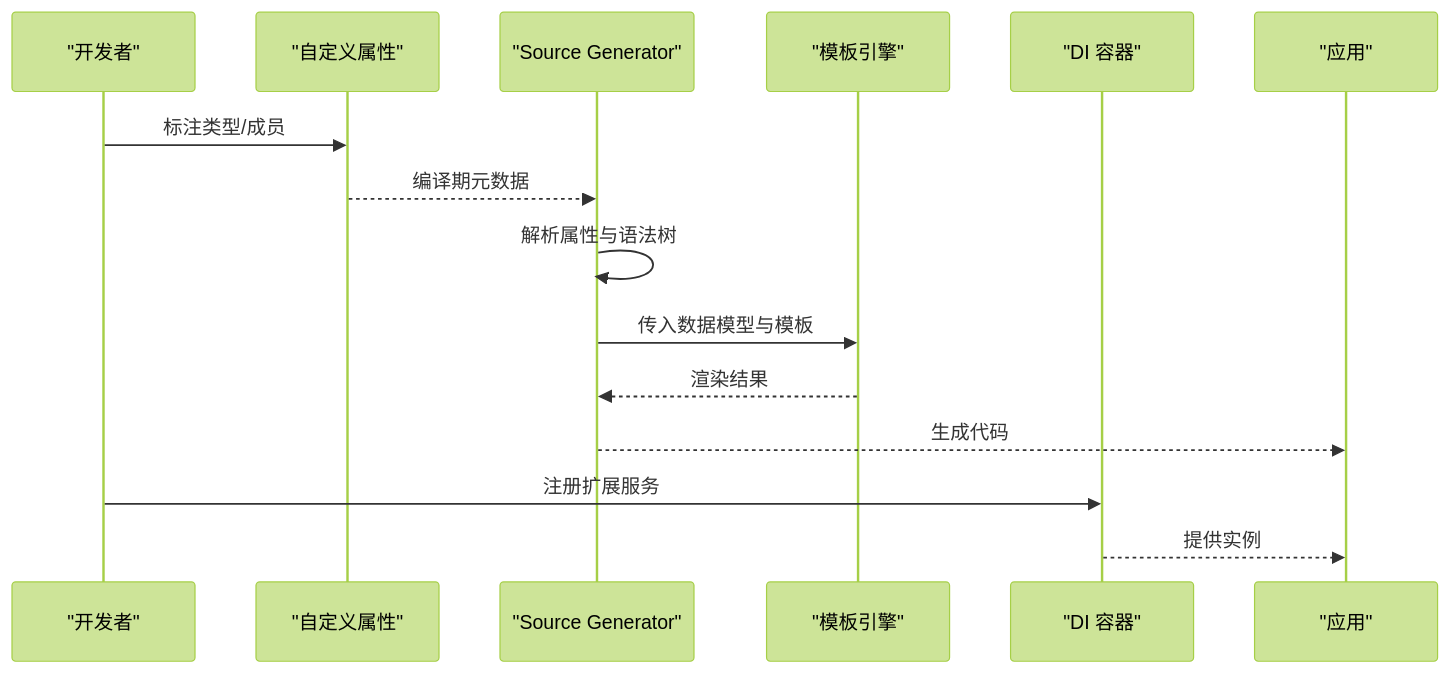
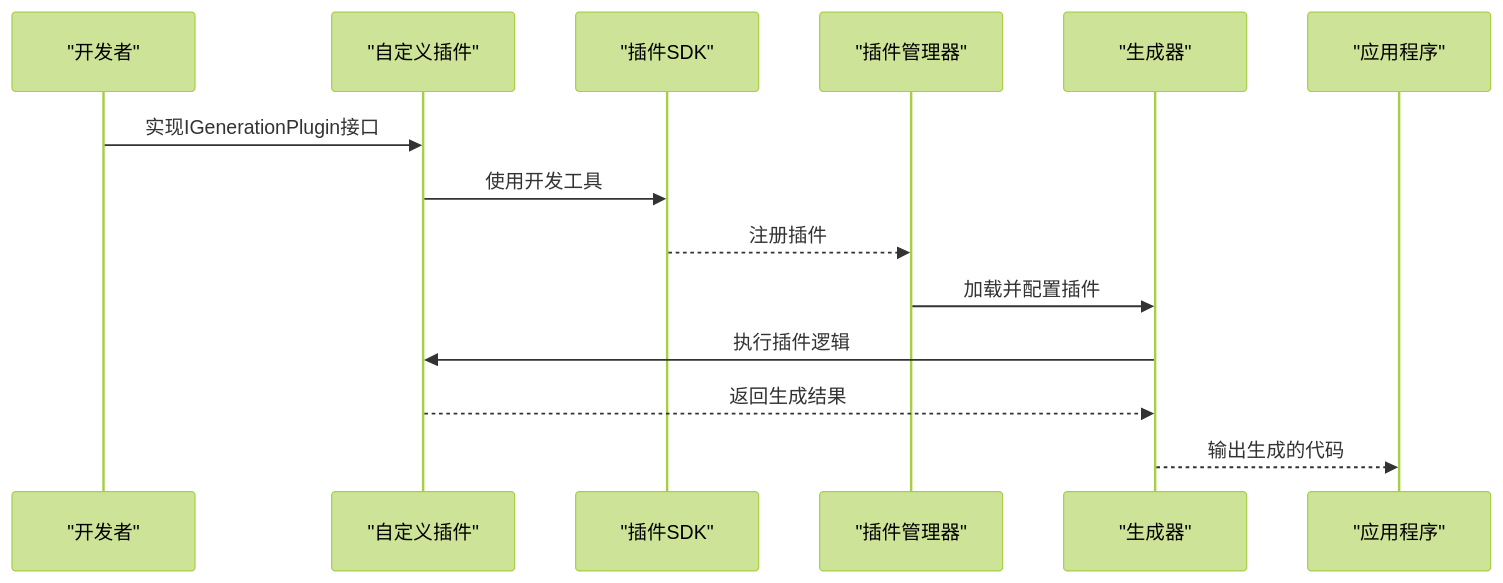
One commit to alivy/AutoCode changed the second of 5 diagrams in .qoder/repowiki/zh/content/扩展开发/扩展开发.md. Above: the diagram before and after it, drawn with Mermaid (forest theme). The commit also changed other lines of this file and 150 other files, not shown here.

````diff
--- a/.qoder/repowiki/zh/content/扩展开发/扩展开发.md
+++ b/.qoder/repowiki/zh/content/扩展开发/扩展开发.md
@@ -153,17 +116,16 @@
 ```mermaid
 sequenceDiagram
 participant Dev as "开发者"
-participant Attr as "自定义属性"
-participant SG as "Source Generator"
-participant TE as "模板引擎"
-participant DI as "DI 容器"
-participant App as "应用"
-Dev->>Attr : 标注类型/成员
-Attr-->>SG : 编译期元数据
-SG->>SG : 解析属性与语法树
-SG->>TE : 传入数据模型与模板
-TE-->>SG : 渲染结果
-SG-->>App : 生成代码
-Dev->>DI : 注册扩展服务
-DI-->>App : 提供实例
+participant Plugin as "自定义插件"
+participant SDK as "插件SDK"
+participant Manager as "插件管理器"
+participant Generator as "生成器"
+participant App as "应用程序"
+Dev->>Plugin : 实现IGenerationPlugin接口
+Plugin->>SDK : 使用开发工具
+SDK-->>Manager : 注册插件
+Manager->>Generator : 加载并配置插件
+Generator->>Plugin : 执行插件逻辑
+Plugin-->>Generator : 返回生成结果
+Generator-->>App : 输出生成的代码
 ```
````
